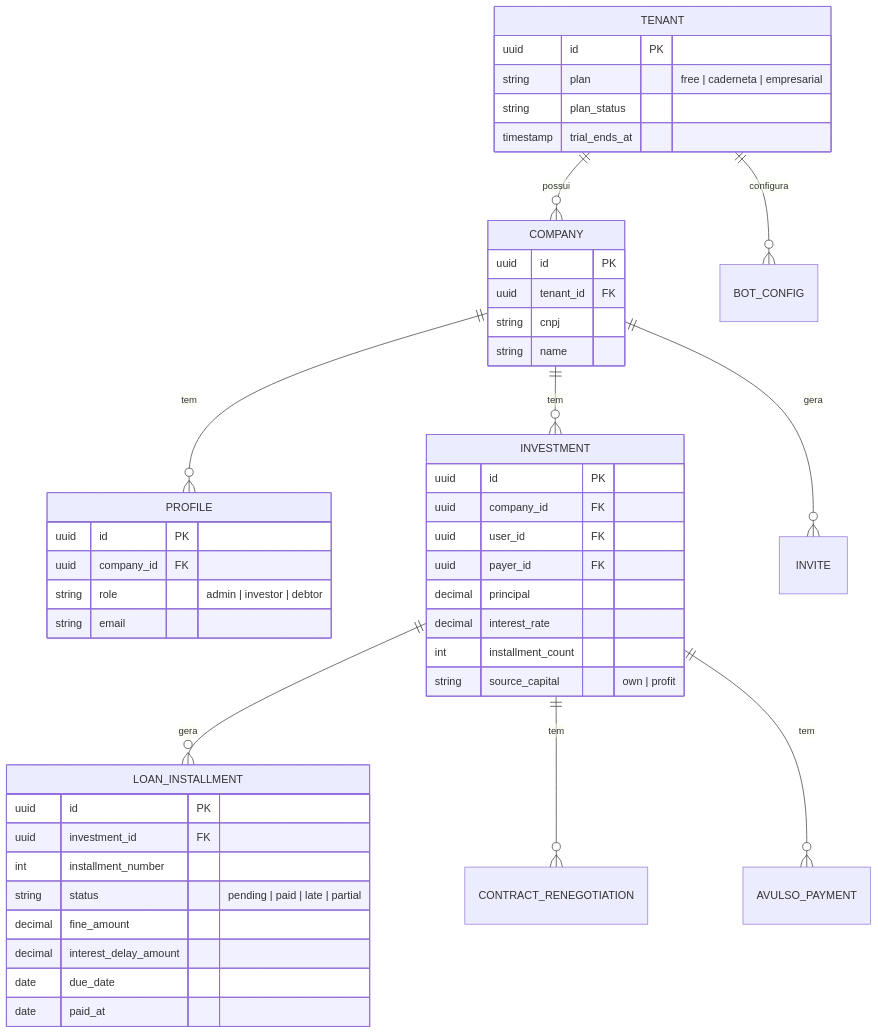
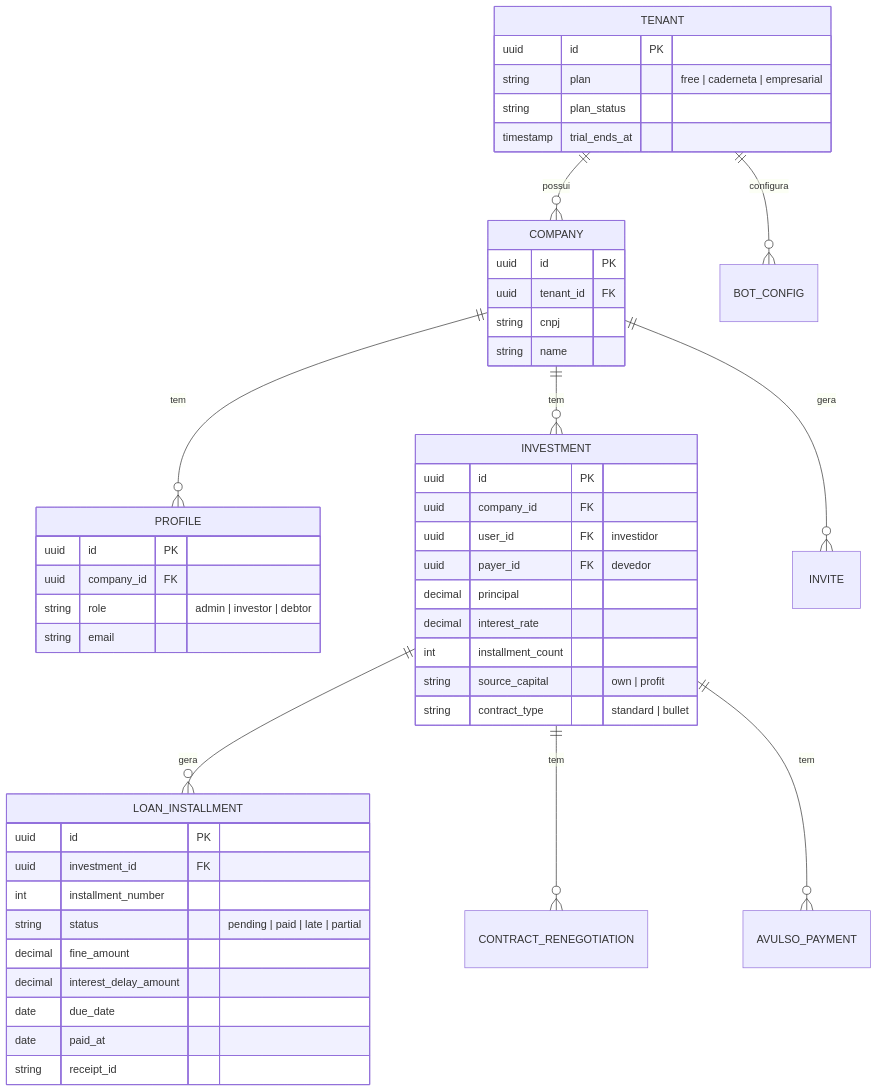
One commit to Gsfrota/e-finance changed the fourth of 4 diagrams in README.md. Above: the diagram before and after it, drawn with Mermaid. The commit also changed other lines of this file, not shown here.

First line of the commit message:
docs(readme): arquitetura — 4 seções consolidadas + diagrama de sequência

````diff
--- a/README.md
+++ b/README.md
@@ -177,50 +184,52 @@
 ```mermaid
 erDiagram
-    TENANT ||--o{ COMPANY : possui
-    TENANT ||--o{ BOT_CONFIG : configura
-    COMPANY ||--o{ PROFILE : tem
-    COMPANY ||--o{ INVESTMENT : tem
-    COMPANY ||--o{ INVITE : gera
-    INVESTMENT ||--o{ LOAN_INSTALLMENT : gera
+    TENANT ||--o{ COMPANY        : possui
+    TENANT ||--o{ BOT_CONFIG     : configura
+    COMPANY ||--o{ PROFILE       : tem
+    COMPANY ||--o{ INVESTMENT    : tem
+    COMPANY ||--o{ INVITE        : gera
+    INVESTMENT ||--o{ LOAN_INSTALLMENT       : gera
     INVESTMENT ||--o{ CONTRACT_RENEGOTIATION : tem
-    INVESTMENT ||--o{ AVULSO_PAYMENT : tem
+    INVESTMENT ||--o{ AVULSO_PAYMENT         : tem
 
     TENANT {
-        uuid id PK
-        string plan "free | caderneta | empresarial"
-        string plan_status
+        uuid      id           PK
+        string    plan            "free | caderneta | empresarial"
+        string    plan_status
         timestamp trial_ends_at
     }
     COMPANY {
-        uuid id PK
-        uuid tenant_id FK
+        uuid   id         PK
+        uuid   tenant_id  FK
         string cnpj
         string name
     }
     PROFILE {
-        uuid id PK
-        uuid company_id FK
-        string role "admin | investor | debtor"
+        uuid   id         PK
+        uuid   company_id FK
+        string role          "admin | investor | debtor"
         string email
     }
     INVESTMENT {
-        uuid id PK
-        uuid company_id FK
-        uuid user_id FK
-        uuid payer_id FK
+        uuid    id              PK
+        uuid    company_id      FK
+        uuid    user_id         FK "investidor"
+        uuid    payer_id        FK "devedor"
         decimal principal
         decimal interest_rate
-        int installment_count
-        string source_capital "own | profit"
+        int     installment_count
+        string  source_capital     "own | profit"
+        string  contract_type      "standard | bullet"
     }
     LOAN_INSTALLMENT {
-        uuid id PK
-        uuid investment_id FK
-        int installment_number
-        string status "pending | paid | late | partial"
+        uuid    id                    PK
+        uuid    investment_id         FK
+        int     installment_number
+        string  status                   "pending | paid | late | partial"
         decimal fine_amount
         decimal interest_delay_amount
-        date due_date
-        date paid_at
+        date    due_date
+        date    paid_at
+        string  receipt_id
     }
 ```
````
